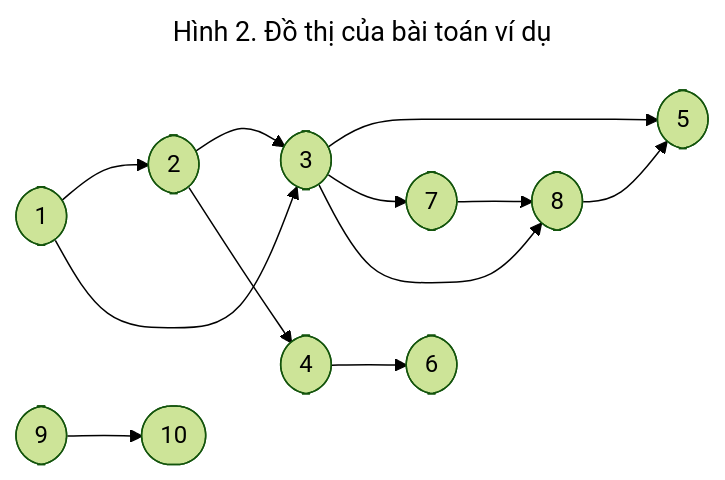
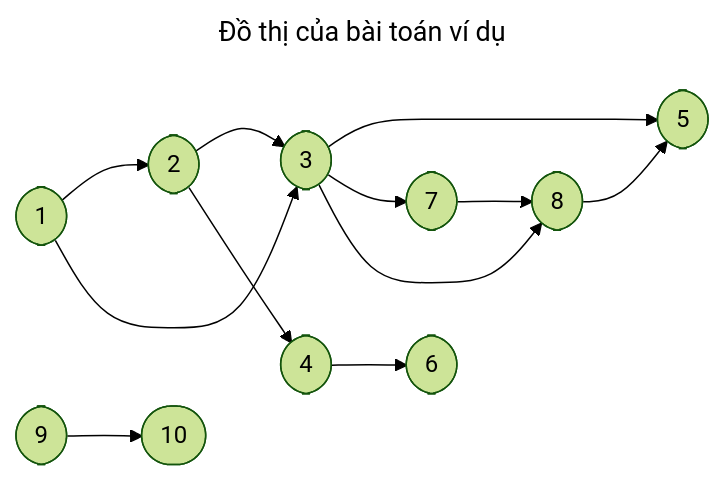
One commit to vtchitruong/vtchitruong.github.io changed the second of 2 diagrams in docs/advanced/graph/dfs.md. Above: the diagram before and after it, drawn with Mermaid (forest theme). The commit also changed other lines of this file and 1 other file, not shown here.

````diff
--- a/docs/advanced/graph/dfs.md
+++ b/docs/advanced/graph/dfs.md
@@ -114,12 +111,12 @@
 ``` mermaid
 ---
-title: Hình 2. Đồ thị của bài toán ví dụ
+title: Đồ thị của bài toán ví dụ
 ---
 graph LR
     1([1]) --> 2([2]) & 3([3])
     2 --> 3 & 4([4])
     3 --> 5([5]) & 7([7]) & 8([8])
     4 --> 6([6])
     7 --> 8 --> 5
     9([9]) --> 10([10])
 ```
````
